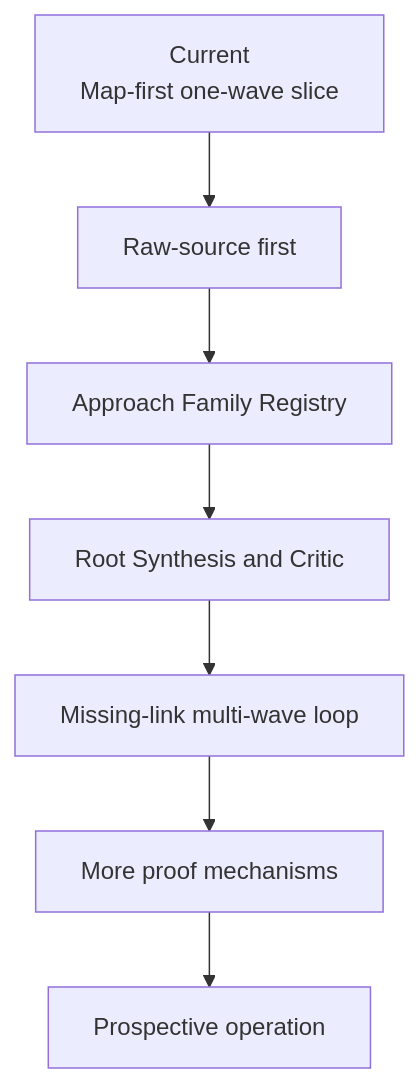
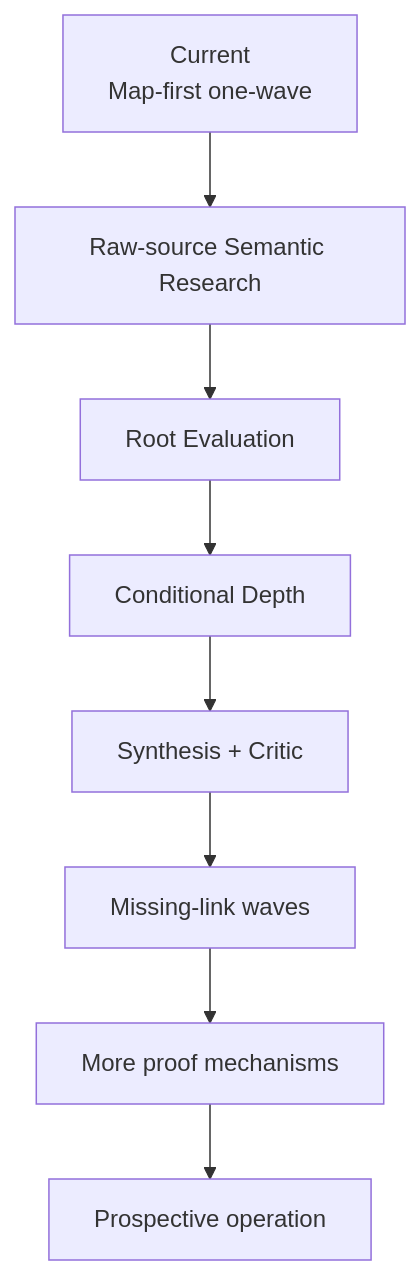
The third of 3 diagrams in docs/CODEBASE-GUIDE.md (momoponwork1415-lgtm/wordpress-harness), drawn with Mermaid before and after one commit. The commit also changed other lines of this file and 34 other files, not shown here.

````diff
--- a/docs/CODEBASE-GUIDE.md
+++ b/docs/CODEBASE-GUIDE.md
@@ -83,12 +63,13 @@
 ```mermaid
 flowchart TB
-    current["Current<br/>Map-first one-wave slice"]
-    raw["Raw-source first"]
-    families["Approach Family Registry"]
-    synthesis["Root Synthesis and Critic"]
-    waves["Missing-link multi-wave loop"]
+    current["Current<br/>Map-first one-wave"]
+    semantic["Raw-source Semantic Research"]
+    evaluate["Root Evaluation"]
+    depth["Conditional Depth"]
+    synthesis["Synthesis + Critic"]
+    waves["Missing-link waves"]
     proof["More proof mechanisms"]
     prospective["Prospective operation"]
 
-    current --> raw --> families --> synthesis --> waves --> proof --> prospective
+    current --> semantic --> evaluate --> depth --> synthesis --> waves --> proof --> prospective
 ```
````
